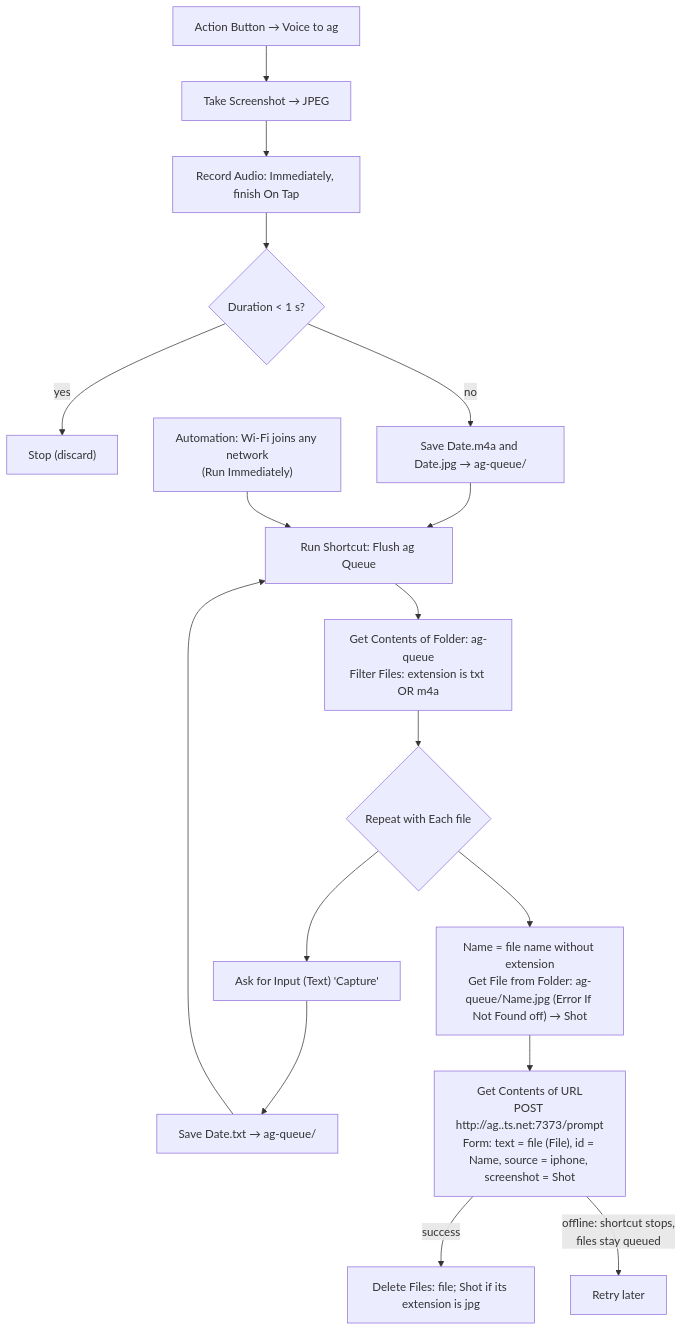
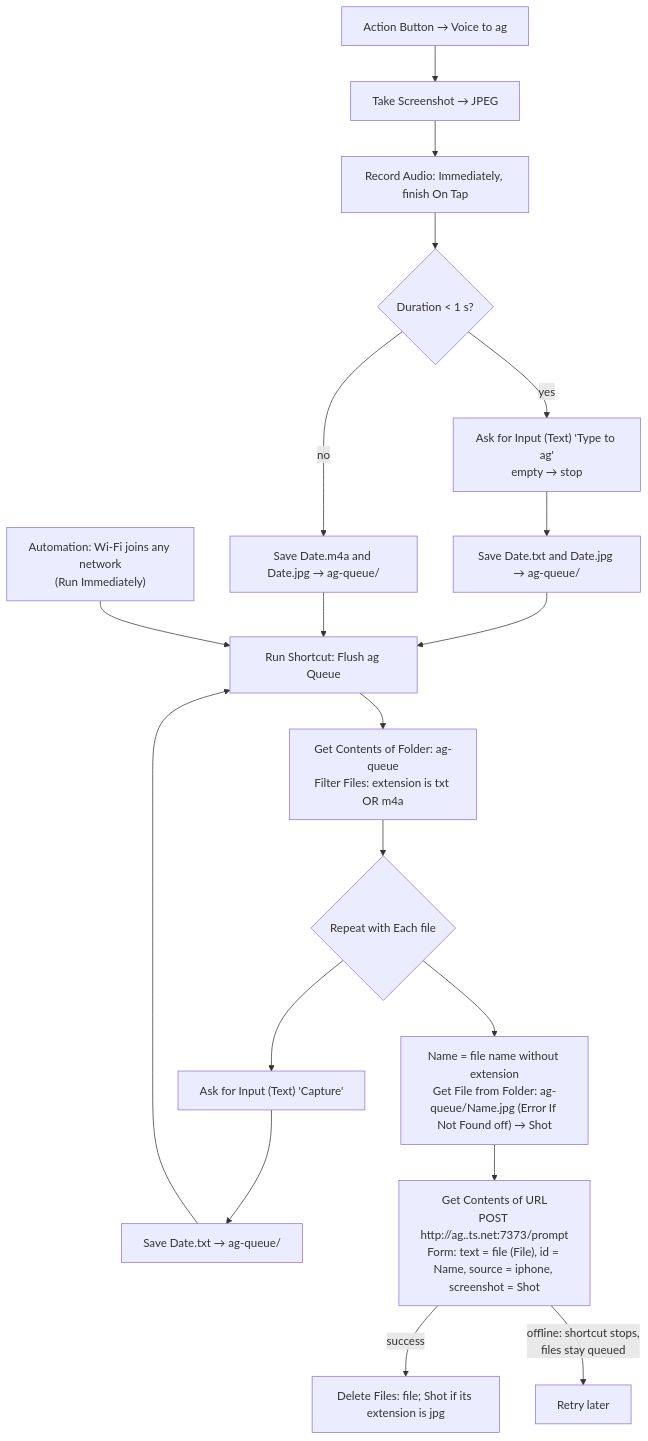
The diagram in ios-shortcuts/capture-to-ag.md (koerschner/ag), drawn with Mermaid before and after one commit. The commit also changed other lines of this file, not shown here.

Commit message:
Voice to ag: quick tap opens a text box

````diff
--- a/ios-shortcuts/capture-to-ag.md
+++ b/ios-shortcuts/capture-to-ag.md
@@ -31,21 +32,23 @@
 ```mermaid
 flowchart TD
     A[Action Button → Voice to ag] --> V0["Take Screenshot → JPEG"]
     V0 --> V4["Record Audio: Immediately, finish On Tap"]
     V4 --> V7{"Duration < 1 s?"}
-    V7 -- yes --> V8["Stop (discard)"]
+    V7 -- yes --> V8["Ask for Input (Text) 'Type to ag'<br/>empty → stop"]
+    V8 --> V8b["Save Date.txt and Date.jpg → ag-queue/"]
+    V8b --> F
     V7 -- no --> V9["Save Date.m4a and Date.jpg → ag-queue/"]
     V9 --> F["Run Shortcut: Flush ag Queue"]
 
     H[Home Screen icon → Capture to ag] --> B["Ask for Input (Text) 'Capture'"]
     B --> D["Save Date.txt → ag-queue/"]
     D --> F
 
     W["Automation: Wi-Fi joins any network<br/>(Run Immediately)"] --> F
     F --> G["Get Contents of Folder: ag-queue<br/>Filter Files: extension is txt OR m4a"]
     G --> H{"Repeat with Each file"}
     H --> N["Name = file name without extension<br/>Get File from Folder: ag-queue/Name.jpg (Error If Not Found off) → Shot"]
     N --> I["Get Contents of URL<br/>POST http://ag.<tailnet>.ts.net:7373/prompt<br/>Form: text = file (File), id = Name, source = iphone, screenshot = Shot"]
     I -- "success" --> J["Delete Files: file; Shot if its extension is jpg"]
     I -- "offline: shortcut stops,<br/>files stay queued" --> K[Retry later]
 ```
````
